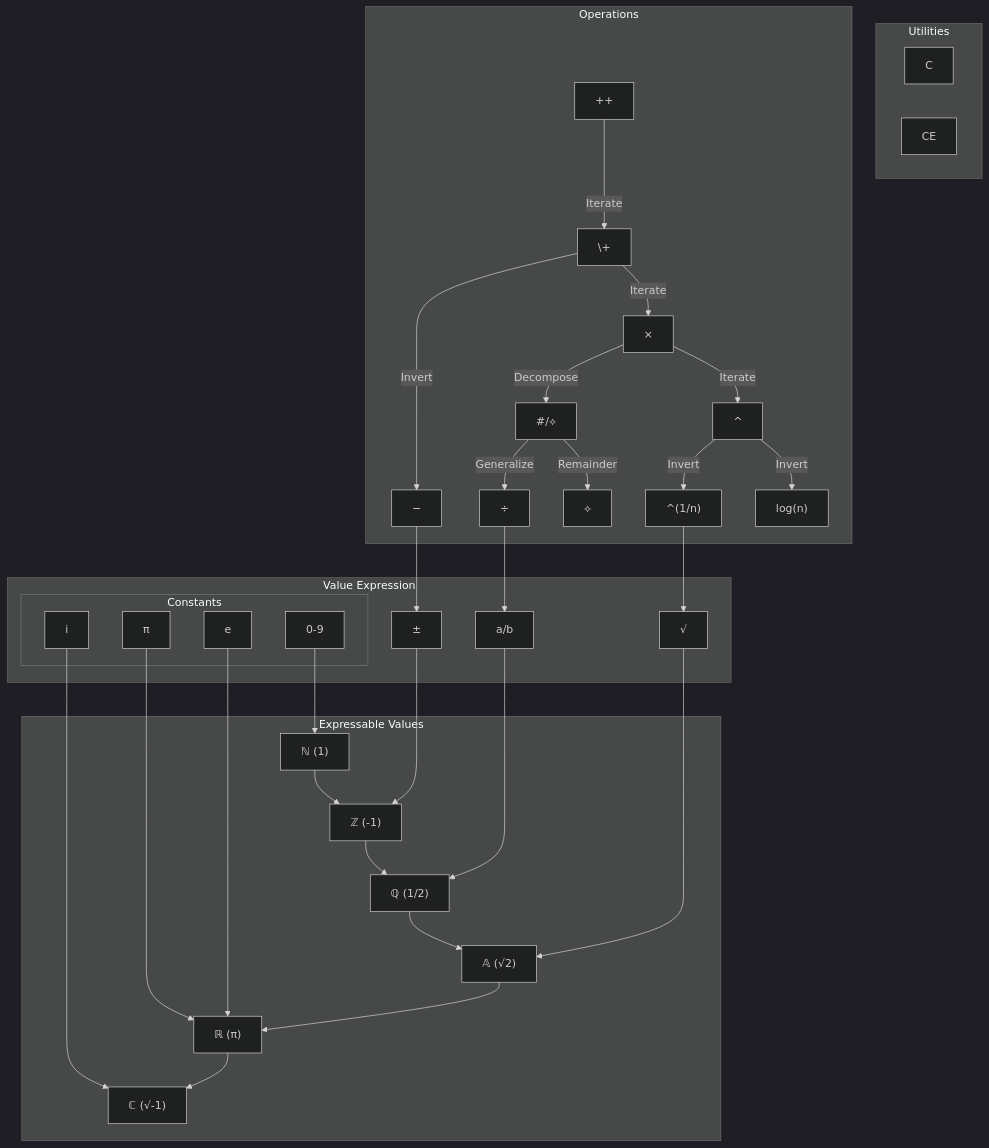
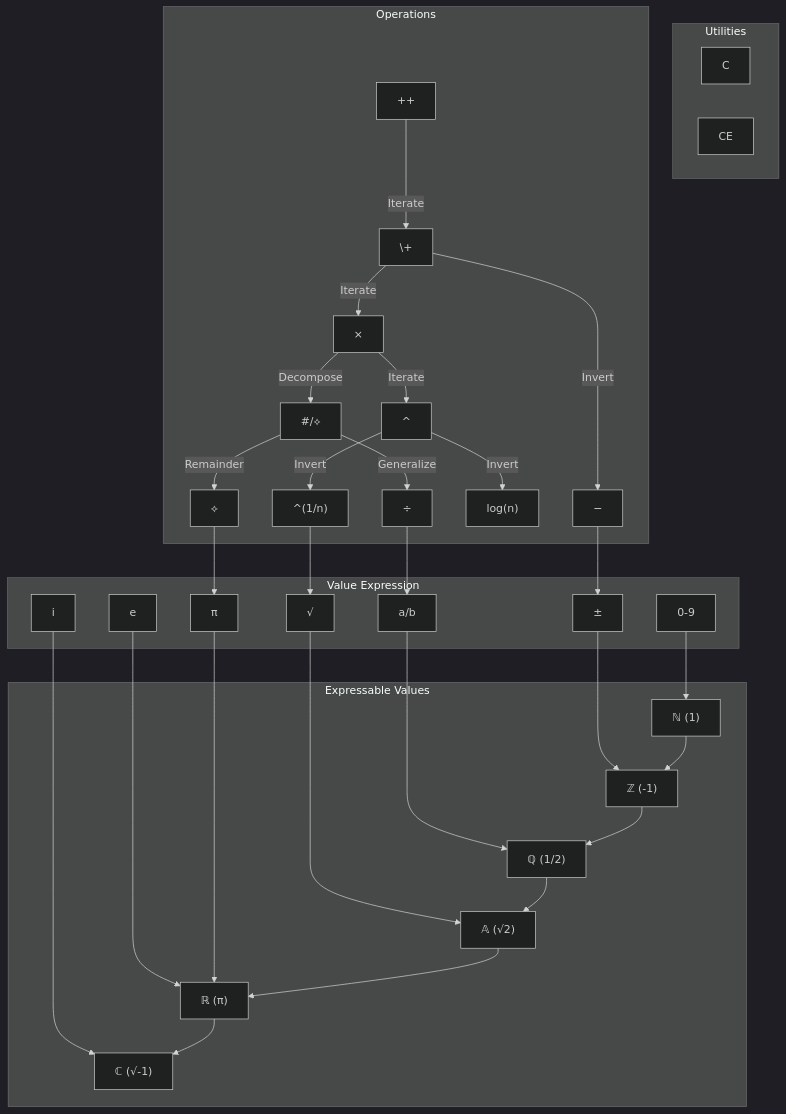
One commit to Gammapod/AutoCalc changed the diagram in design_refs/dependency_map.mmd. Above: the diagram before and after it, drawn with Mermaid (dark theme).

```diff
--- a/design_refs/dependency_map.mmd
+++ b/design_refs/dependency_map.mmd
@@ -1,70 +1,68 @@
 flowchart TD
 
 subgraph Inputs ["Value Expression"]
     Ineg["±"]
     Ifrac["a/b"]
     Iroot["√"]
-    subgraph Constants ["Constants"]
-        Iim["i"]
-        Ipi["π"]
-        Ie["e"]
-        Idigits["0-9"]
-    end
+    Iim["i"]
+    Ipi["π"]
+    Ie["e"]
+    Idigits["0-9"]
 end
-    
 subgraph Utilities ["Utilities"]
     Uc["C"]
     Uce["CE"]
 end
 
 subgraph Operations ["Operations"]
     Oinc["++"]
     Oplus["\+"]
     Ominus["−"]
     Omul["×"]
     Odiv["÷"]
     Opow["^"]
     Oeudiv["#/⟡"]
     Omod["⟡"]
     Olog["log(n)"]
     Oroot["^(1/n)"]
 
     Oinc -->|Iterate| Oplus
 
     Oplus -->|Invert| Ominus
     Oplus -->|Iterate| Omul
 
     Omul -->|Decompose| Oeudiv
     Omul -->|Iterate| Opow
     
     Oeudiv -->|Generalize| Odiv
     Oeudiv -->|Remainder| Omod
 
     Opow -->|Invert| Oroot
     Opow -->|Invert| Olog
 end
 
 subgraph Expressable ["Expressable Values"]
     NN["ℕ (1)"]
     NZ["ℤ (-1)"]
     NQ["ℚ (1/2)"]
     NA["𝔸 (√2)"]
     NR["ℝ (π)"]
     NC["ℂ (√-1)"]
 
     NN --> NZ --> NQ --> NA --> NR --> NC
 end
 
     
 Idigits --> NN
 
 Ineg --> NZ
 Ominus --> Ineg
 Odiv --> Ifrac
 Oroot --> Iroot
+Omod --> Ipi
 
 Ifrac --> NQ
 Iroot --> NA
 Ipi --> NR
 Ie --> NR
 Iim --> NC
```
